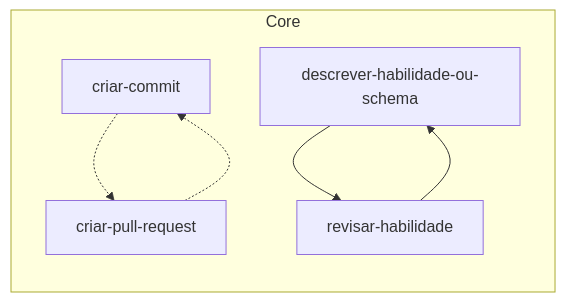
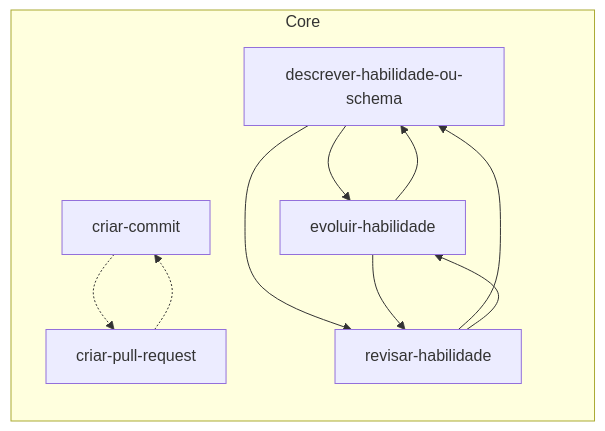
Before and after one commit to jimmyandrade/harness: the diagram in .agents/skills/README.md, drawn with Mermaid. The commit also changed other lines of this file and 8 other files, not shown here.

First line of the commit message:
feat(evoluir-habilidade): move the skill to the core (#21)

````diff
--- a/.agents/skills/README.md
+++ b/.agents/skills/README.md
@@ -13,13 +13,18 @@
 ```mermaid
 flowchart LR
   subgraph core["Core"]
     criar_commit["criar-commit"]
     criar_pull_request["criar-pull-request"]
     descrever_habilidade_ou_schema["descrever-habilidade-ou-schema"]
+    evoluir_habilidade["evoluir-habilidade"]
     revisar_habilidade["revisar-habilidade"]
   end
   criar_commit -.-> criar_pull_request
   criar_pull_request -.-> criar_commit
+  descrever_habilidade_ou_schema --> evoluir_habilidade
   descrever_habilidade_ou_schema --> revisar_habilidade
+  evoluir_habilidade --> descrever_habilidade_ou_schema
+  evoluir_habilidade --> revisar_habilidade
   revisar_habilidade --> descrever_habilidade_ou_schema
+  revisar_habilidade --> evoluir_habilidade
 ```
````
